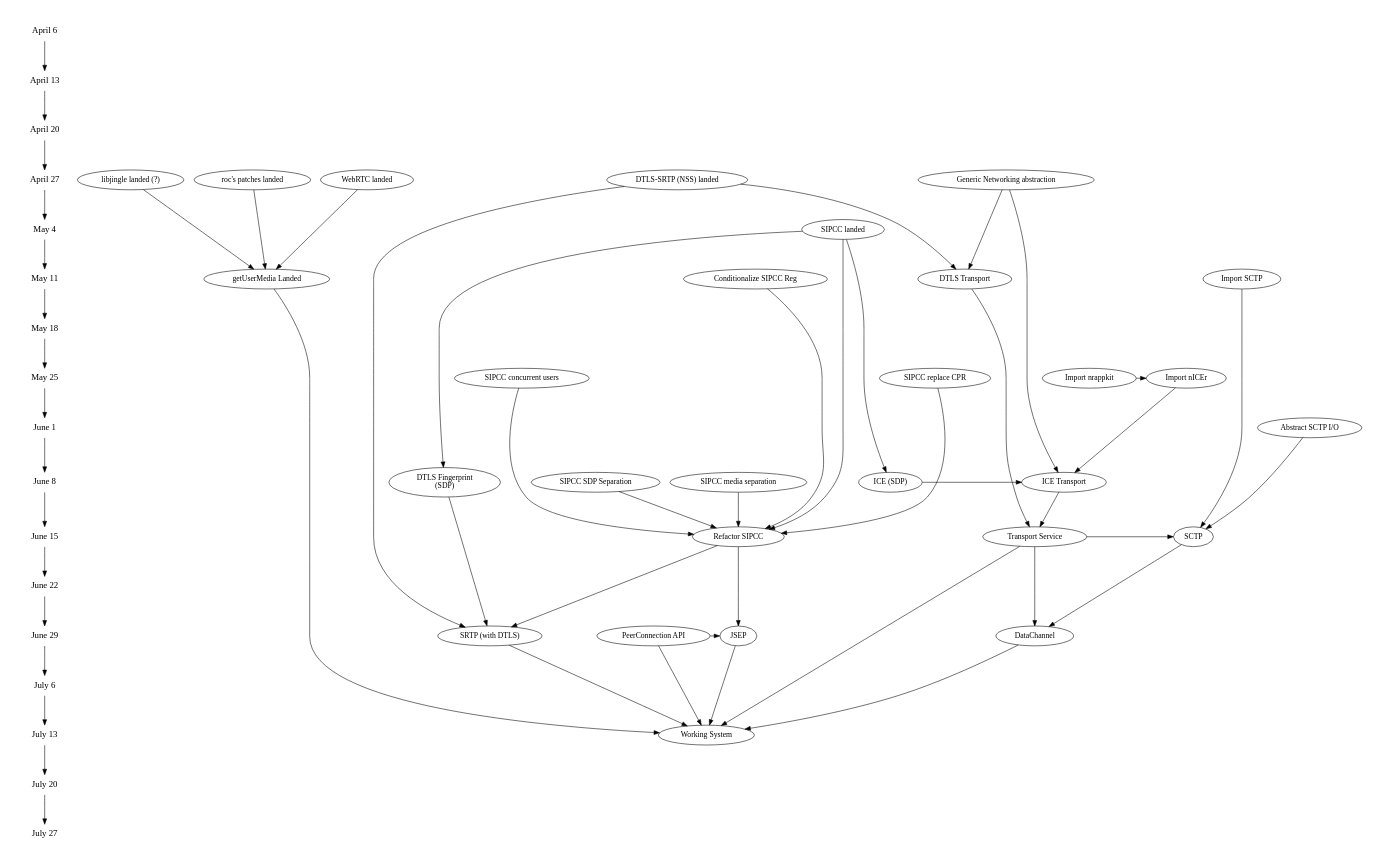
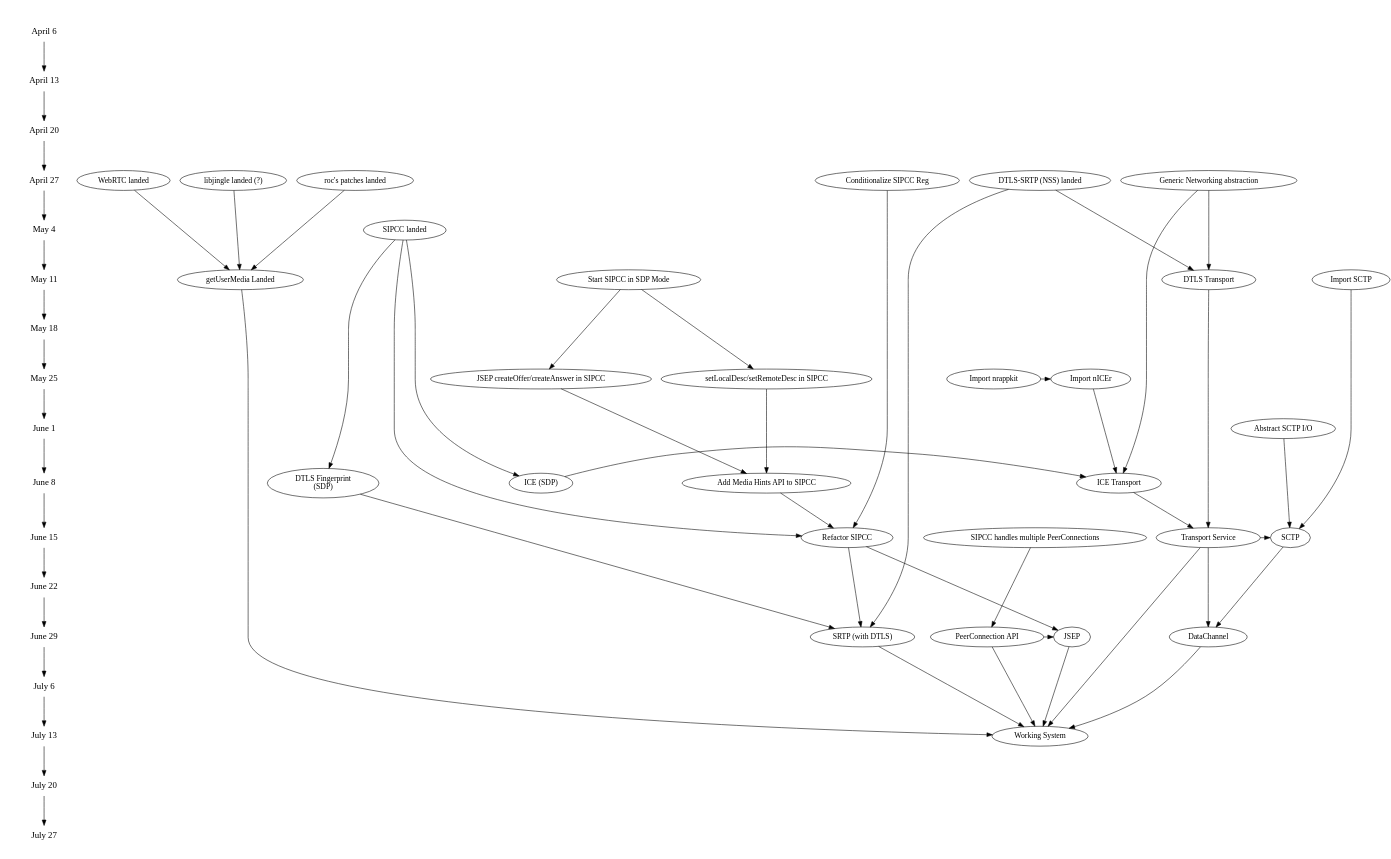
The diagram in planning/webrtc.dot (mozilla/webrtc), drawn with Graphviz before and after one commit. The commit also changed 1 other file, not shown here.

Commit message:
Updated details about SIPCC

```diff
--- a/planning/webrtc.dot
+++ b/planning/webrtc.dot
@@ -1,98 +1,101 @@
 digraph G {
 ranksep=.75; size = "7.5,7.5";
 {
 node [shape=plaintext, fontsize=16]; /* the time-line graph */ 
      "April 6" -> "April 13"-> "April 20"-> "April 27"-> "May 4"-> "May 11"-> "May 18"-> "May 25"-> "June 1"-> "June 8"-> "June 15"-> "June 22"-> "June 29"-> "July 6"-> "July 13"-> "July 20"-> "July 27"
 }
 
 	{rank = same; "April 27";
 	   webrtc [label = "WebRTC landed"];
 	   libjingle [label = "libjingle landed (?)"];
 	   roc [label = "roc's patches landed"];
 	   genericio [label = "Generic Networking abstraction"]
 	   dtlssrtp [label = "DTLS-SRTP (NSS) landed"]
+	   sipccnoreg [ label = "Conditionalize SIPCC Reg"]
         }
 
 	{rank = same; "May 4";
 	   sipccimport [label = "SIPCC landed"]
 	}
 		
 
 	{rank = same; "May 11";
 	   getusermedia [label = "getUserMedia Landed"]
 	   sctpimport [label = "Import SCTP"];
 	   dtlstransport [label = "DTLS Transport" ];
-	   sipccnoreg [ label = "Conditionalize SIPCC Reg"]
+	   sipccsdp [ label = "Start SIPCC in SDP Mode"];
 	}
 	dtlssrtp -> dtlstransport
 	genericio -> dtlstransport
 	
 	{rank = same; "May 25";
 	   nicer [label = "Import nICEr"];
 	   nrappkit [label = "Import nrappkit"];
-	   sipccnocpr [ label = "SIPCC replace CPR"];
-	   sipccconcurrent [ label = "SIPCC concurrent users"]
+           sipccjsep [ label = "JSEP createOffer/createAnswer in SIPCC"];
+	   sipccsetdesc [ label = "setLocalDesc/setRemoteDesc in SIPCC"];
         }	   	   
 	nrappkit -> nicer
+        sipccsdp -> sipccjsep
+        sipccsdp->sipccsetdesc
 
 	{rank = same; "June 1";
 	   sctpio [ label = "Abstract SCTP I/O"]
         }
 	
 
 	{rank = same; "June 8";
 	   icetransport [ label = "ICE Transport"];
 	   dtlsfingerprint [ label = "DTLS Fingerprint\n(SDP)"];
 	   iceparams [label = "ICE (SDP)"];
-	   sipccsdp [ label = "SIPCC SDP Separation"];
-	   sipccmedia [ label = "SIPCC media separation"]
+           sipccmediahints [ label = "Add Media Hints API to SIPCC"];
 	}
 	sipccimport -> iceparams
 	sipccimport -> dtlsfingerprint
 	nicer -> icetransport
+        sipccjsep -> sipccmediahints
+        sipccsetdesc -> sipccmediahints
 	genericio -> icetransport
 	iceparams -> icetransport
 
 	{rank = same; "June 15";
 	   transport [label = "Transport Service"];
 	   sctp [label = "SCTP"];
 	   sipccrefactor [label = "Refactor SIPCC"];
+           sipccmultipeerconn [label = "SIPCC handles multiple PeerConnections"]
 	 } 
 	 sipccimport -> sipccrefactor
 	 sipccnoreg -> sipccrefactor
-	 sipccnocpr -> sipccrefactor
-	 sipccmedia -> sipccrefactor
-	 sipccsdp -> sipccrefactor
-	 sipccconcurrent -> sipccrefactor
+	 sipccmediahints -> sipccrefactor
 	 sipccrefactor -> "JSEP"
 	 dtlstransport -> transport
 	 icetransport -> transport
 
         {rank = same; "June 29"; 
 	   peerconnection [label = "PeerConnection API"]; JSEP;
 	   datachannel [label = "DataChannel"];
 	   srtp [label = "SRTP (with DTLS)"] }
         dtlsfingerprint -> srtp
 	dtlssrtp -> srtp
 	sipccrefactor -> srtp
+        sipccmultipeerconn -> peerconnection
 
         {rank = same; "July 13"; 
 	   working [ label = "Working System" ] }
 	
         roc->getusermedia
 	webrtc->getusermedia
 	libjingle->getusermedia
 	
 	transport -> working
 	transport -> datachannel
 	peerconnection -> working
 	peerconnection -> "JSEP"
 	"JSEP" -> working
 	sctpio-> sctp
 	sctpimport -> sctp
 	sctp -> datachannel
 	transport ->sctp
 	getusermedia -> working
 	datachannel -> working
 	srtp -> working
 }
```
